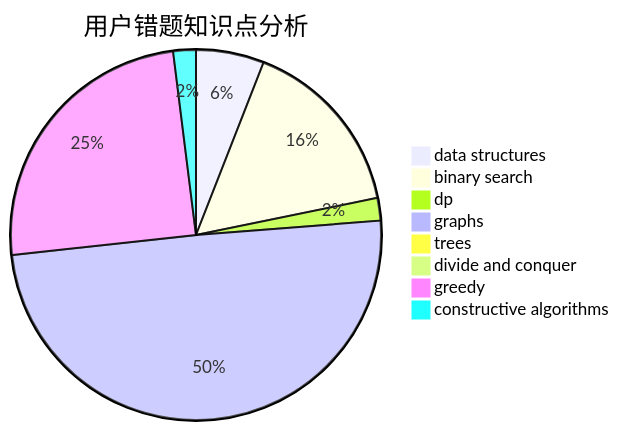
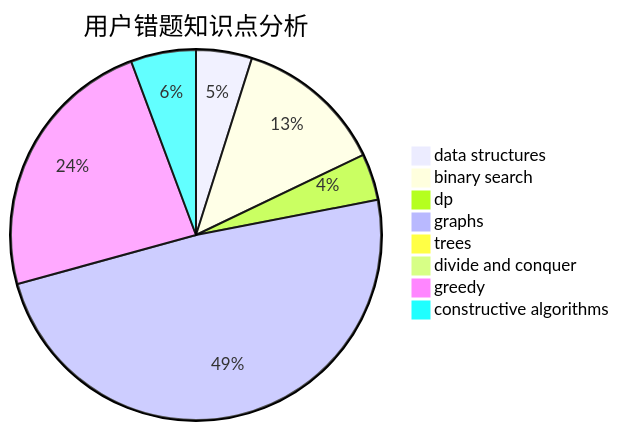
Before and after one commit to sherpahu/cfrs.github.io: the third of 3 diagrams in docs/user/u2603.md, drawn with Mermaid. The commit also changed other lines of this file and 2770 other files, not shown here.

````diff
--- a/docs/user/u2603.md
+++ b/docs/user/u2603.md
@@ -36,11 +36,11 @@
 ```mermaid
 pie title 用户错题知识点分析
     "data structures" :  6
     "binary search" :  16
-    "dp" :  2
-    "graphs" :  50
+    "dp" :  5
+    "graphs" :  60
     "trees" :  0
     "divide and conquer" :  0
-    "greedy" :  25
-    "constructive algorithms" :  2
+    "greedy" :  29
+    "constructive algorithms" :  7
 ```
````
